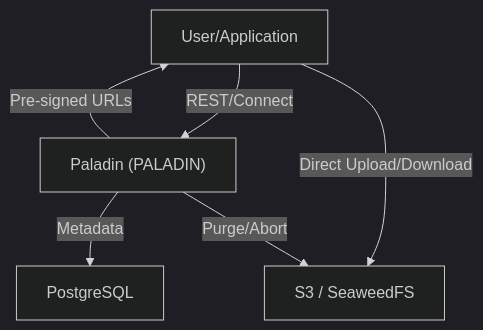
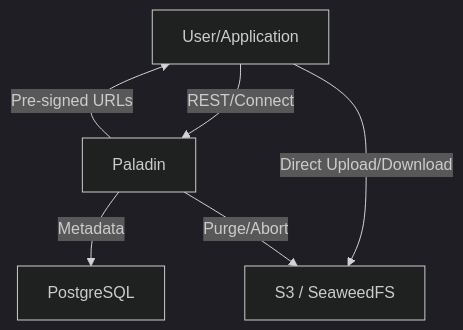
The first of 4 diagrams in backend/docs/diagrams.md (oleg-tkachuk/paladin), drawn with Mermaid (dark theme) before and after one commit. The commit also changed other lines of this file and 298 other files, not shown here.

````diff
--- a/backend/docs/diagrams.md
+++ b/backend/docs/diagrams.md
@@ -5,8 +5,8 @@
 ```mermaid
 graph TD
-    User["User/Application"] -- "REST/Connect" --> PALADIN["Paladin (PALADIN)"]
-    PALADIN -- "Metadata" --> DB["PostgreSQL"]
-    PALADIN -- "Pre-signed URLs" --> User
+    User["User/Application"] -- "REST/Connect" --> Paladin["Paladin"]
+    Paladin -- "Metadata" --> DB["PostgreSQL"]
+    Paladin -- "Pre-signed URLs" --> User
     User -- "Direct Upload/Download" --> S3["S3 / SeaweedFS"]
-    PALADIN -- "Purge/Abort" --> S3
+    Paladin -- "Purge/Abort" --> S3
 ```
````
